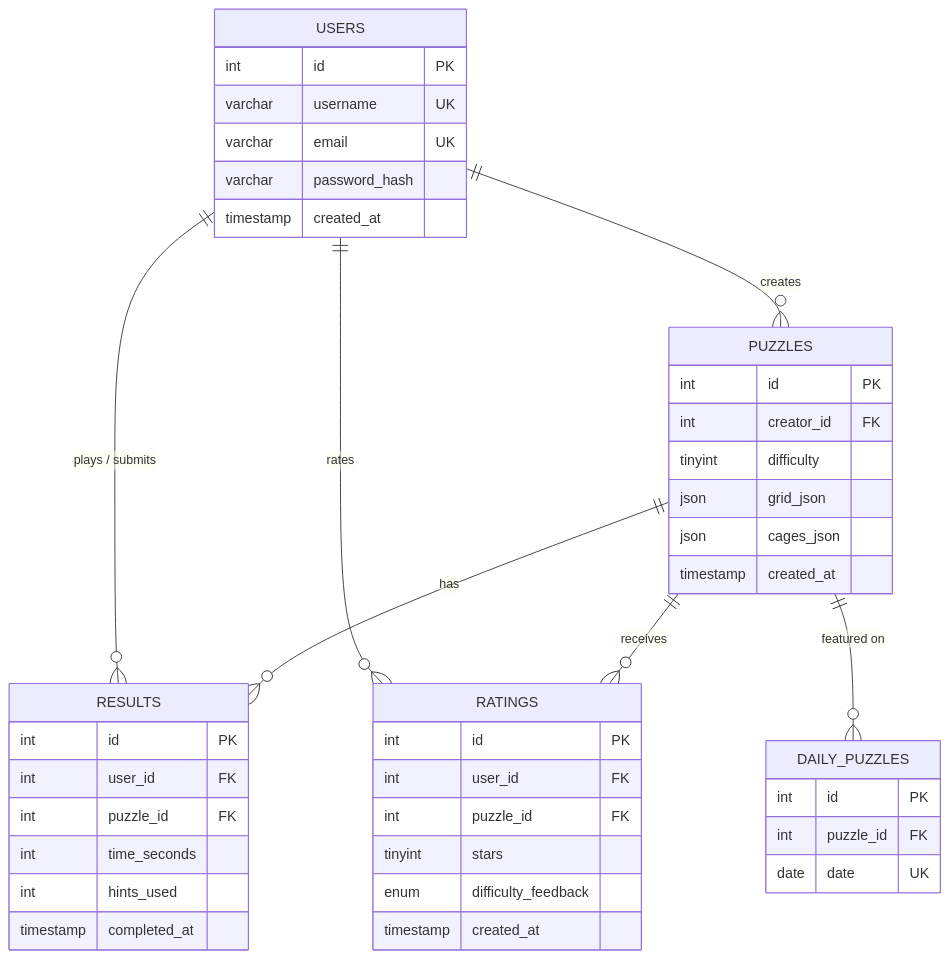
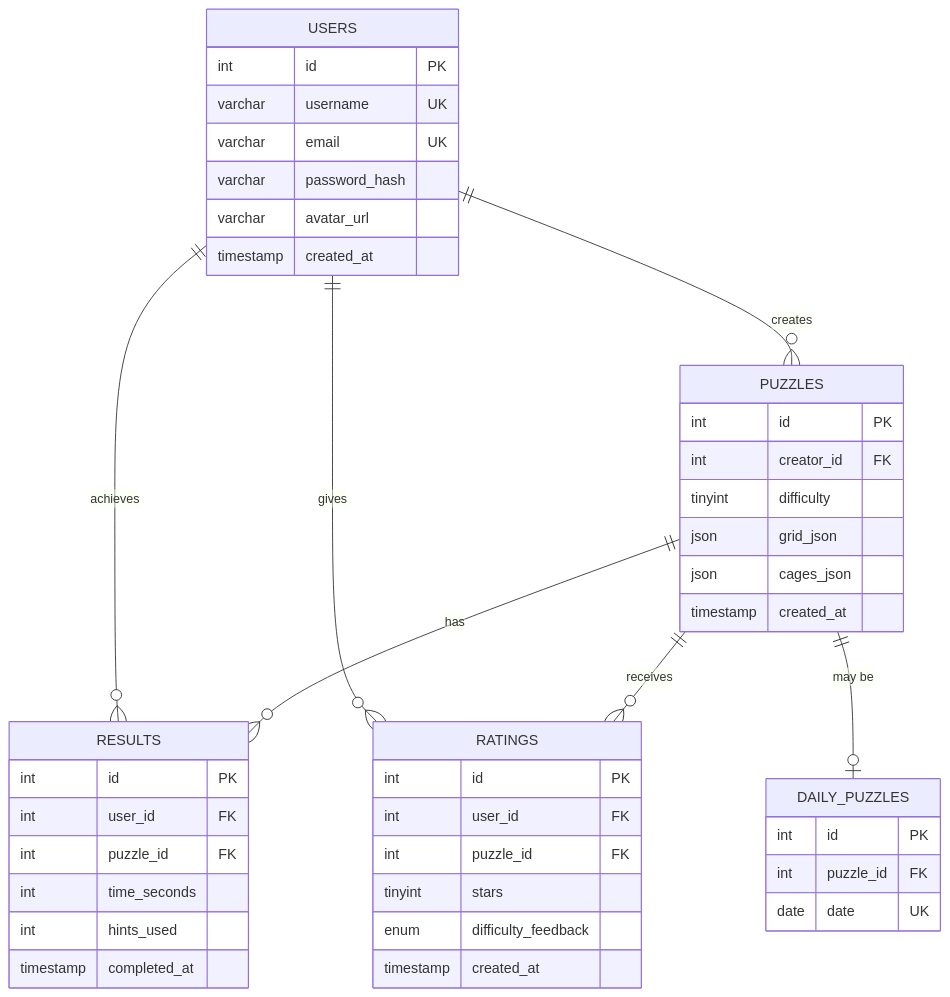
The first of 3 diagrams in docs/DOCUMENTATION.md (KorelUyar/killer-sudoku), drawn with Mermaid before and after one commit. The commit also changed other lines of this file and 22 other files, not shown here.

First line of the commit message:
docs: final DOCUMENTATION.pdf with mockups, mermaid diagrams, full test protocol

````diff
--- a/docs/DOCUMENTATION.md
+++ b/docs/DOCUMENTATION.md
@@ -51,46 +184,47 @@
-```mermaid
+<div class="mermaid">
 erDiagram
     USERS ||--o{ PUZZLES : creates
-    USERS ||--o{ RESULTS : "plays / submits"
-    USERS ||--o{ RATINGS : rates
+    USERS ||--o{ RESULTS : achieves
+    USERS ||--o{ RATINGS : gives
     PUZZLES ||--o{ RESULTS : has
     PUZZLES ||--o{ RATINGS : receives
-    PUZZLES ||--o{ DAILY_PUZZLES : "featured on"
+    PUZZLES ||--o| DAILY_PUZZLES : "may be"
 
     USERS {
-      int id PK
-      varchar username UK
-      varchar email UK
-      varchar password_hash
-      timestamp created_at
+        int id PK
+        varchar username UK
+        varchar email UK
+        varchar password_hash
+        varchar avatar_url
+        timestamp created_at
     }
     PUZZLES {
-      int id PK
-      int creator_id FK
-      tinyint difficulty
-      json grid_json
-      json cages_json
-      timestamp created_at
+        int id PK
+        int creator_id FK
+        tinyint difficulty
+        json grid_json
+        json cages_json
+        timestamp created_at
     }
     RESULTS {
-      int id PK
-      int user_id FK
-      int puzzle_id FK
-      int time_seconds
-      int hints_used
-      timestamp completed_at
+        int id PK
+        int user_id FK
+        int puzzle_id FK
+        int time_seconds
+        int hints_used
+        timestamp completed_at
     }
     RATINGS {
-      int id PK
-      int user_id FK
-      int puzzle_id FK
-      tinyint stars
-      enum difficulty_feedback
-      timestamp created_at
+        int id PK
+        int user_id FK
+        int puzzle_id FK
+        tinyint stars
+        enum difficulty_feedback
+        timestamp created_at
     }
     DAILY_PUZZLES {
-      int id PK
-      int puzzle_id FK
-      date date UK
+        int id PK
+        int puzzle_id FK
+        date date UK
     }
-```
+</div>
````
